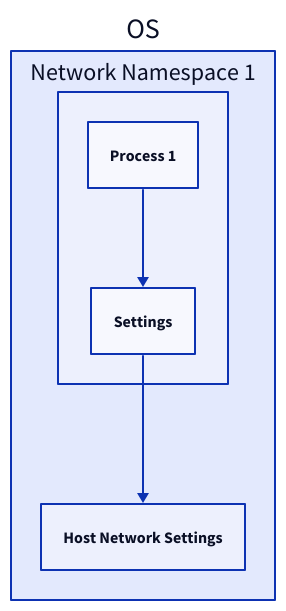
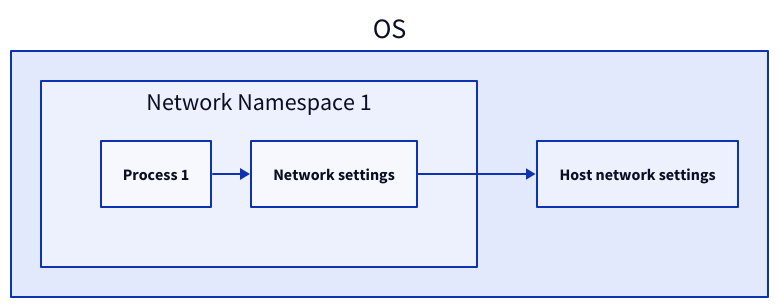
Before and after one commit to link1905/system-design-101: diagram 11 of 26 in content/docs/system-administration/system-deployment/containerization.md, drawn with D2. The commit also changed other lines of this file and 21 other files, not shown here.

````diff
--- a/content/docs/system-administration/system-deployment/containerization.md
+++ b/content/docs/system-administration/system-deployment/containerization.md
@@ -345,17 +366,18 @@
 ```d2
 OS {
-  h: Host Network Settings {
-    class: process
-  }
   n1: Network Namespace 1 {
-    s: Settings {
-      class: process
-    }
+    grid-rows: 1
     p1: Process 1 {
         class: process
     }
+    s: Network settings {
+      class: process
+    }
+  }
+  h: Host network settings {
+    class: process
   }
   n1.p1 -> n1.s
   n1.s -> h
 }
 ```
````
